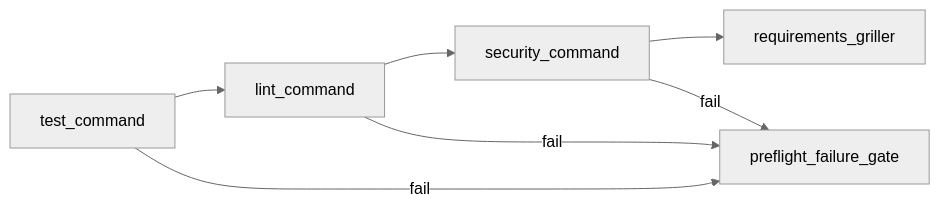
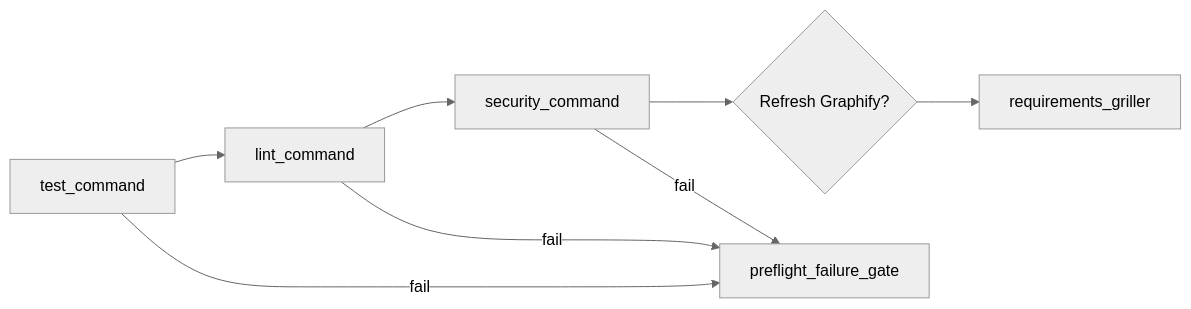
Diagram 11 of 16 in workflows/conductor/README.md (cdespona/gentle-ai-fork), drawn with Mermaid (neutral theme) before and after one commit. The commit also changed other lines of this file and 17 other files, not shown here.

Commit message:
Add graphify

````diff
--- a/workflows/conductor/README.md
+++ b/workflows/conductor/README.md
@@ -544,9 +579,10 @@
 ```mermaid
 flowchart LR
     Tests["test_command"] --> Lint["lint_command"]
     Lint --> Security["security_command"]
-    Security --> Requirements["requirements_griller"]
+    Security --> Graphify{"Refresh Graphify?"}
+    Graphify --> Requirements["requirements_griller"]
     Tests -- fail --> Gate["preflight_failure_gate"]
     Lint -- fail --> Gate
     Security -- fail --> Gate
 ```
````
